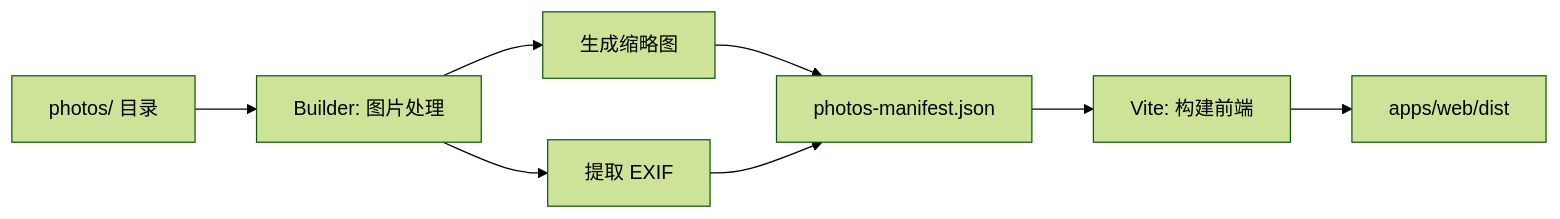
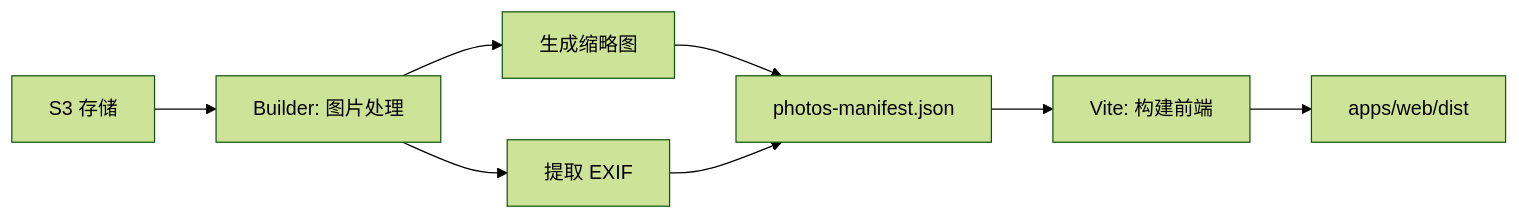
One commit to vsxd/afilmory-vercel changed the diagram in AGENTS.md. Above: the diagram before and after it, drawn with Mermaid (forest theme). The commit also changed other lines of this file and 55 other files, not shown here.

````diff
--- a/AGENTS.md
+++ b/AGENTS.md
@@ -217,10 +206,10 @@
 ```mermaid
 graph LR
-    A[photos/ 目录] --> B[Builder: 图片处理]
+    A[S3 存储] --> B[Builder: 图片处理]
     B --> C[生成缩略图]
     B --> D[提取 EXIF]
     C --> E[photos-manifest.json]
     D --> E
     E --> F[Vite: 构建前端]
     F --> G[apps/web/dist]
 ```
````
